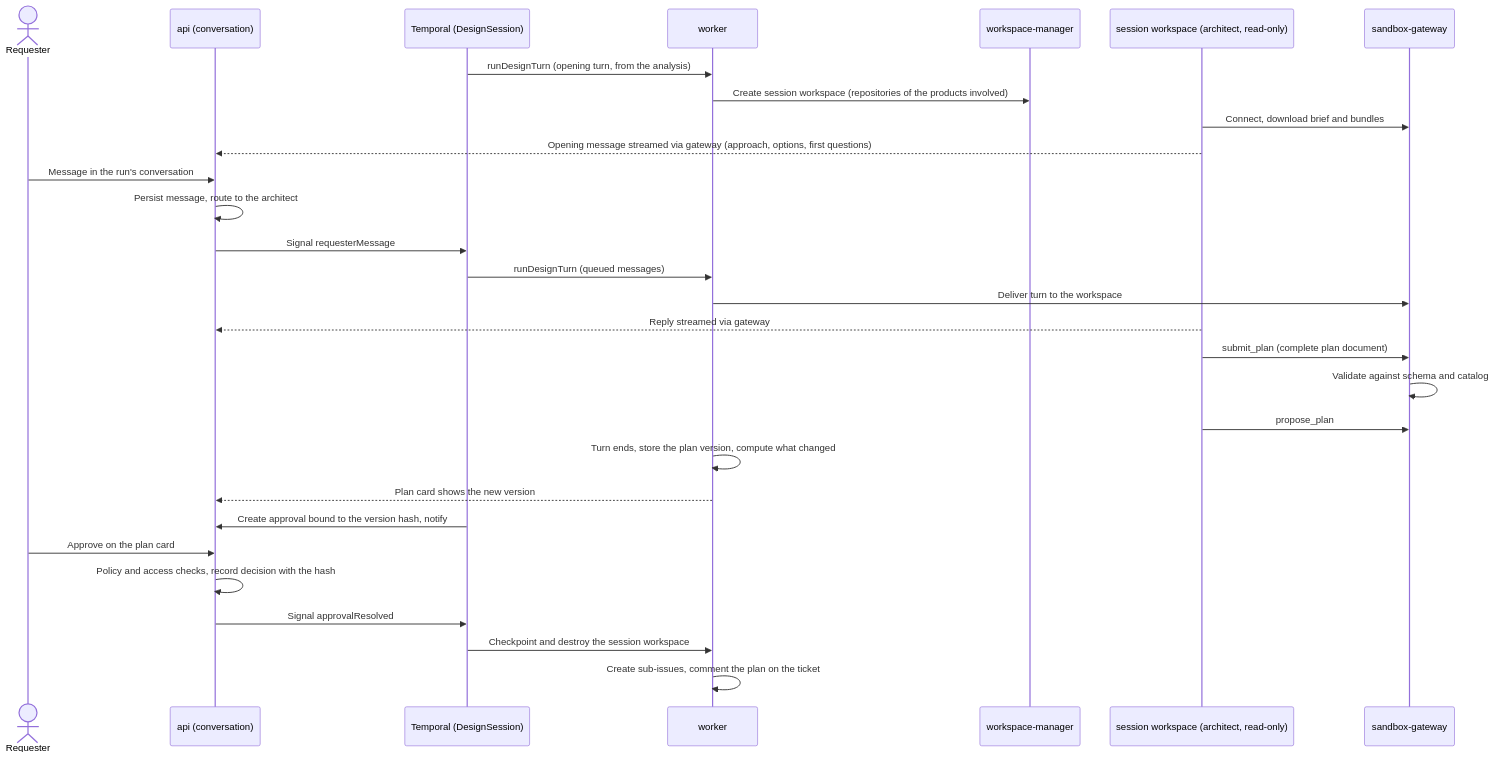
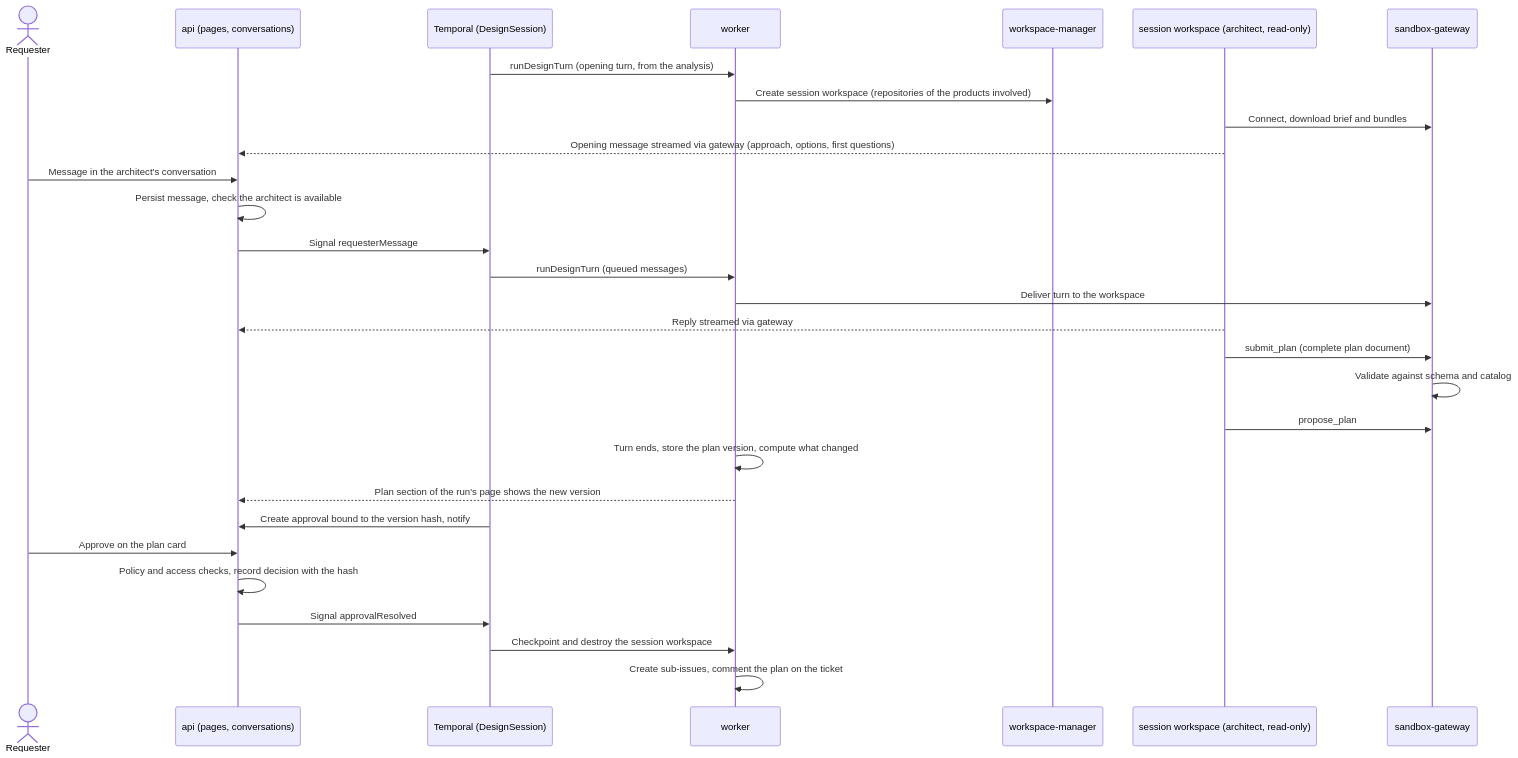
One commit to luigi-lt/orchestrator changed the fourth of 9 diagrams in docs/architecture.md. Above: the diagram before and after it, drawn with Mermaid. The commit also changed other lines of this file and 1 other file, not shown here.

First line of the commit message:
Design the user view as pages with an agent panel (layout C)

````diff
--- a/docs/architecture.md
+++ b/docs/architecture.md
@@ -520,31 +527,31 @@
 ```mermaid
 sequenceDiagram
   actor Dev as Requester
-  participant API as api (conversation)
+  participant API as api (pages, conversations)
   participant T as Temporal (DesignSession)
   participant W as worker
   participant M as workspace-manager
   participant S as session workspace (architect, read-only)
   participant G as sandbox-gateway
   T->>W: runDesignTurn (opening turn, from the analysis)
   W->>M: Create session workspace (repositories of the products involved)
   S->>G: Connect, download brief and bundles
   S-->>API: Opening message streamed via gateway (approach, options, first questions)
-  Dev->>API: Message in the run's conversation
-  API->>API: Persist message, route to the architect
+  Dev->>API: Message in the architect's conversation
+  API->>API: Persist message, check the architect is available
   API->>T: Signal requesterMessage
   T->>W: runDesignTurn (queued messages)
   W->>G: Deliver turn to the workspace
   S-->>API: Reply streamed via gateway
   S->>G: submit_plan (complete plan document)
   G->>G: Validate against schema and catalog
   S->>G: propose_plan
   W->>W: Turn ends, store the plan version, compute what changed
-  W-->>API: Plan card shows the new version
+  W-->>API: Plan section of the run's page shows the new version
   T->>API: Create approval bound to the version hash, notify
   Dev->>API: Approve on the plan card
   API->>API: Policy and access checks, record decision with the hash
   API->>T: Signal approvalResolved
   T->>W: Checkpoint and destroy the session workspace
   W->>W: Create sub-issues, comment the plan on the ticket
 ```
````
